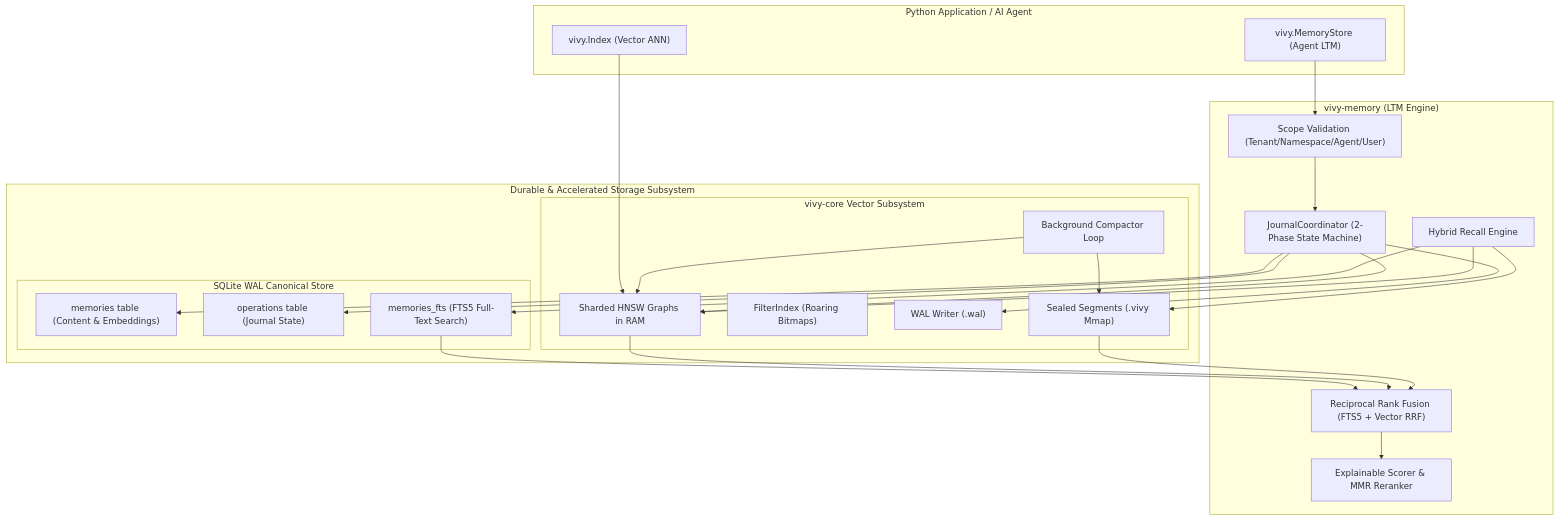
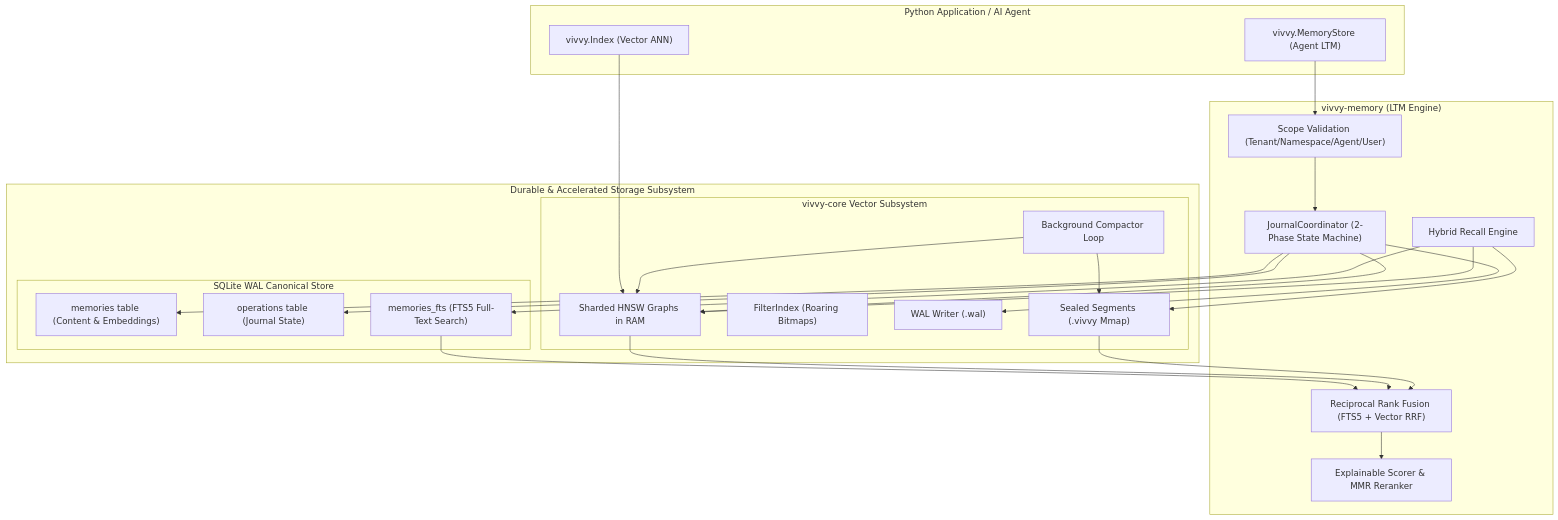
One commit to one2seven-oss/vivvy changed the diagram in Doc.md. Above: the diagram before and after it, drawn with Mermaid. The commit also changed other lines of this file and 36 other files, not shown here.

Commit message:
vivy to vivvy

````diff
--- a/Doc.md
+++ b/Doc.md
@@ -91,48 +91,48 @@
 ```mermaid
 flowchart TD
     subgraph Client ["Python Application / AI Agent"]
-        PyStore["vivy.MemoryStore (Agent LTM)"]
-        PyIndex["vivy.Index (Vector ANN)"]
+        PyStore["vivvy.MemoryStore (Agent LTM)"]
+        PyIndex["vivvy.Index (Vector ANN)"]
     end
 
-    subgraph LTM ["vivy-memory (LTM Engine)"]
+    subgraph LTM ["vivvy-memory (LTM Engine)"]
         Scope["Scope Validation (Tenant/Namespace/Agent/User)"]
         Journal["JournalCoordinator (2-Phase State Machine)"]
         Hybrid["Hybrid Recall Engine"]
         RRF["Reciprocal Rank Fusion (FTS5 + Vector RRF)"]
         Reranker["Explainable Scorer & MMR Reranker"]
     end
 
     subgraph Storage ["Durable & Accelerated Storage Subsystem"]
         subgraph SQLite ["SQLite WAL Canonical Store"]
             MemTable["memories table (Content & Embeddings)"]
             OpsTable["operations table (Journal State)"]
             FTSTable["memories_fts (FTS5 Full-Text Search)"]
         end
 
-        subgraph VectorCore ["vivy-core Vector Subsystem"]
+        subgraph VectorCore ["vivvy-core Vector Subsystem"]
             Delta["Sharded HNSW Graphs in RAM"]
             Filter["FilterIndex (Roaring Bitmaps)"]
             WAL["WAL Writer (.wal)"]
             Compactor["Background Compactor Loop"]
-            Sealed["Sealed Segments (.vivy Mmap)"]
+            Sealed["Sealed Segments (.vivvy Mmap)"]
         end
     end
 
     PyStore --> Scope
     PyIndex --> Delta
     Scope --> Journal
     Journal --> MemTable
     Journal --> OpsTable
     Journal --> Delta
     Journal --> WAL
     Hybrid --> FTSTable
     Hybrid --> Delta
     Hybrid --> Sealed
     FTSTable --> RRF
     Delta --> RRF
     Sealed --> RRF
     RRF --> Reranker
     Compactor --> Delta
     Compactor --> Sealed
 ```
````
